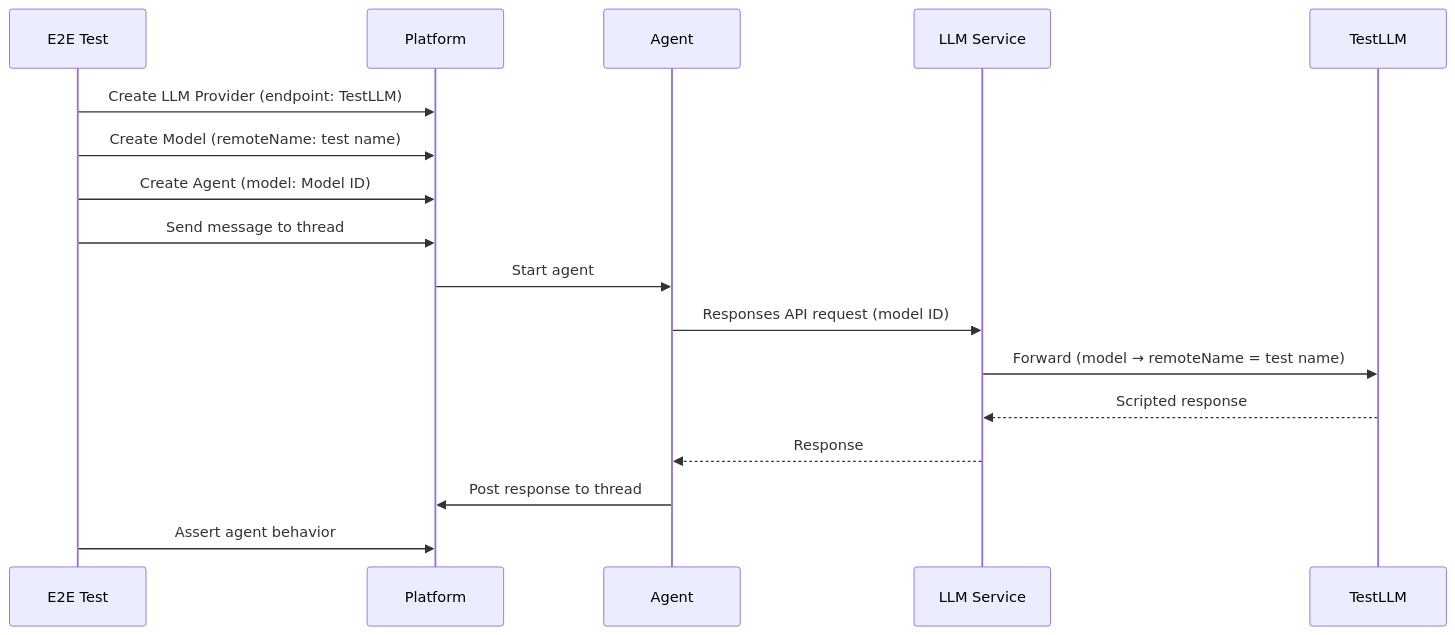
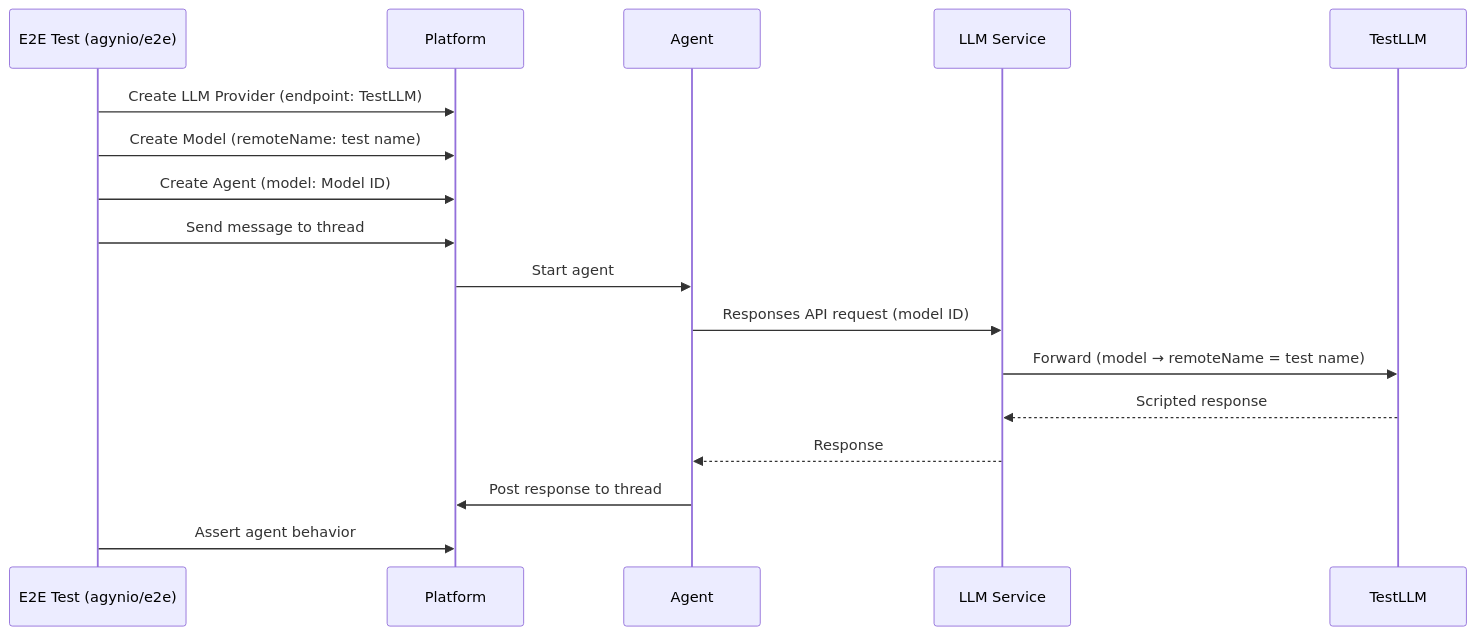
The second of 2 diagrams in architecture/operations/e2e-testing.md (agynio/architecture), drawn with Mermaid before and after one commit. The commit also changed other lines of this file and 3 other files, not shown here.

````diff
--- a/architecture/operations/e2e-testing.md
+++ b/architecture/operations/e2e-testing.md
@@ -598,20 +415,20 @@
 ```mermaid
 sequenceDiagram
-    participant T as E2E Test
+    participant T as E2E Test (agynio/e2e)
     participant P as Platform
     participant A as Agent
     participant LLM as LLM Service
     participant TL as TestLLM
 
     T->>P: Create LLM Provider (endpoint: TestLLM)
     T->>P: Create Model (remoteName: test name)
     T->>P: Create Agent (model: Model ID)
     T->>P: Send message to thread
     P->>A: Start agent
     A->>LLM: Responses API request (model ID)
     LLM->>TL: Forward (model → remoteName = test name)
     TL-->>LLM: Scripted response
     LLM-->>A: Response
     A->>P: Post response to thread
     T->>P: Assert agent behavior
 ```
````
